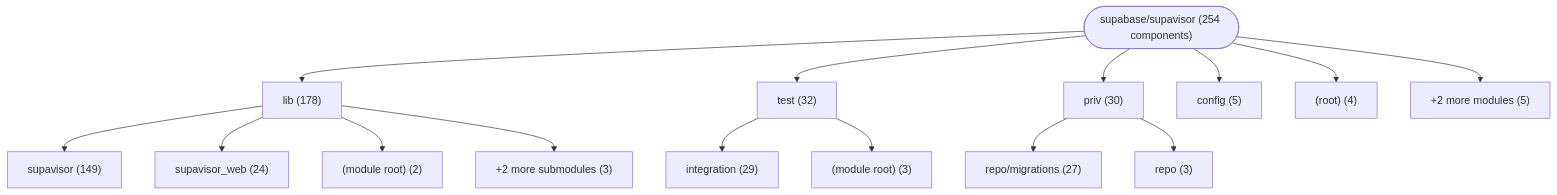
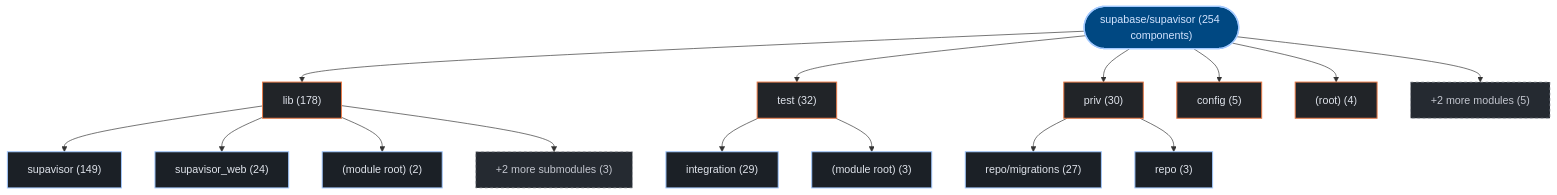
One commit to kumarshaz/atruss-code-atlas changed the first of 3 diagrams in exports/latest/reports/supabase-supavisor-report.md. Above: the diagram before and after it, drawn with Mermaid. The commit also changed other lines of this file and 331 other files, not shown here.

Commit message:
docs,ui,fix: update SDLC docs, reorder CI/CD DAG first, stylize Mermaid, and fix Arc42 pipeline topology

````diff
--- a/exports/latest/reports/supabase-supavisor-report.md
+++ b/exports/latest/reports/supabase-supavisor-report.md
@@ -42,32 +42,39 @@
 ```mermaid
 graph TD;
-    repo_root(["supabase/supavisor (254 components)"])
-    dir_0_lib["lib (178)"]
+  classDef atlasRoot fill:#004882,stroke:#a3c9ff,stroke-width:2px,color:#d3e4ff
+  classDef atlasCategory fill:#212428,stroke:#E87A48,stroke-width:1.5px,color:#dfe3eb
+  classDef atlasWorkflow fill:#1b2026,stroke:#a3c9ff,stroke-width:1.5px,color:#dfe3eb
+  classDef atlasJob fill:#171c22,stroke:#8d9199,stroke-width:1px,color:#dfe3eb
+  classDef atlasTarget fill:#005227,stroke:#8bd99b,stroke-width:1.5px,color:#a7f6b6
+  classDef atlasAlert fill:#93000a,stroke:#ffb4ab,stroke-width:1.5px,color:#ffdad6
+  classDef atlasMore fill:#252a31,stroke:#8d9199,stroke-dasharray:4 4,color:#c3c6cf
+    repo_root(["supabase/supavisor (254 components)"]):::atlasRoot
+    dir_0_lib["lib (178)"]:::atlasCategory
     repo_root --> dir_0_lib
-    sub_0_0_supavisor["supavisor (149)"]
+    sub_0_0_supavisor["supavisor (149)"]:::atlasWorkflow
     dir_0_lib --> sub_0_0_supavisor
-    sub_0_1_supavisor_web["supavisor_web (24)"]
+    sub_0_1_supavisor_web["supavisor_web (24)"]:::atlasWorkflow
     dir_0_lib --> sub_0_1_supavisor_web
-    sub_0_2__module_root_["(module root) (2)"]
+    sub_0_2__module_root_["(module root) (2)"]:::atlasWorkflow
     dir_0_lib --> sub_0_2__module_root_
-    sub_0_more["+2 more submodules (3)"]
+    sub_0_more["+2 more submodules (3)"]:::atlasMore
     dir_0_lib --> sub_0_more
-    dir_1_test["test (32)"]
+    dir_1_test["test (32)"]:::atlasCategory
     repo_root --> dir_1_test
-    sub_1_0_integration["integration (29)"]
+    sub_1_0_integration["integration (29)"]:::atlasWorkflow
     dir_1_test --> sub_1_0_integration
-    sub_1_1__module_root_["(module root) (3)"]
+    sub_1_1__module_root_["(module root) (3)"]:::atlasWorkflow
     dir_1_test --> sub_1_1__module_root_
-    dir_2_priv["priv (30)"]
+    dir_2_priv["priv (30)"]:::atlasCategory
     repo_root --> dir_2_priv
-    sub_2_0_repo_migrations["repo/migrations (27)"]
+    sub_2_0_repo_migrations["repo/migrations (27)"]:::atlasWorkflow
     dir_2_priv --> sub_2_0_repo_migrations
-    sub_2_1_repo["repo (3)"]
+    sub_2_1_repo["repo (3)"]:::atlasWorkflow
     dir_2_priv --> sub_2_1_repo
-    dir_3_config["config (5)"]
+    dir_3_config["config (5)"]:::atlasCategory
     repo_root --> dir_3_config
-    dir_4__root_["(root) (4)"]
+    dir_4__root_["(root) (4)"]:::atlasCategory
     repo_root --> dir_4__root_
-    dir_other_modules["+2 more modules (5)"]
+    dir_other_modules["+2 more modules (5)"]:::atlasMore
     repo_root --> dir_other_modules
 ```
````
